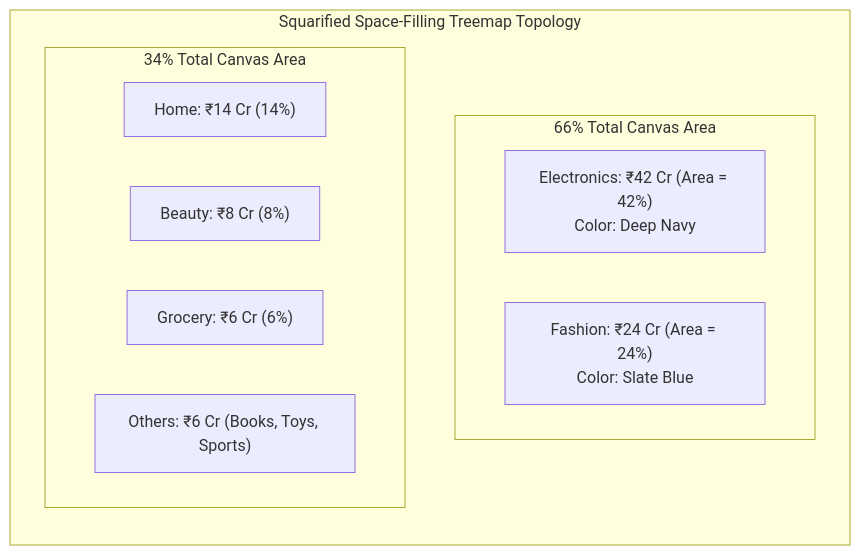
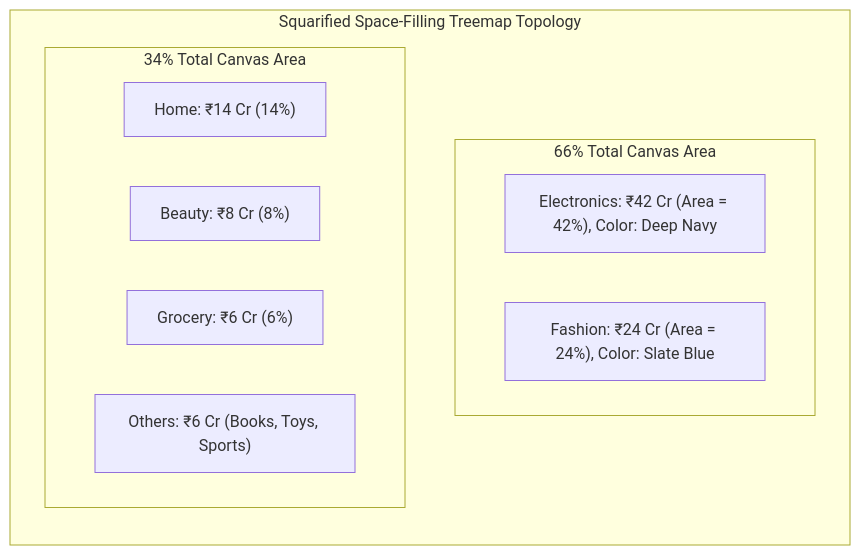
Before and after one commit to DeepLumiere/DeepSkills: diagram 11 of 18 in notes/data_analysis/Unit_5_notes.md, drawn with Mermaid. The commit also changed other lines of this file and 56 other files, not shown here.

````diff
--- a/notes/data_analysis/Unit_5_notes.md
+++ b/notes/data_analysis/Unit_5_notes.md
@@ -651,16 +651,16 @@
 ```mermaid
 flowchart TD
     subgraph TreemapLayout ["Squarified Space-Filling Treemap Topology"]
         direction TB
         subgraph TopRow ["66% Total Canvas Area"]
-            R1["Electronics: ₹42 Cr (Area = 42%)<br/>Color: Deep Navy"]
-            R2["Fashion: ₹24 Cr (Area = 24%)<br/>Color: Slate Blue"]
+            R1["Electronics: ₹42 Cr (Area = 42%), Color: Deep Navy"]
+            R2["Fashion: ₹24 Cr (Area = 24%), Color: Slate Blue"]
         end
         subgraph BottomRow ["34% Total Canvas Area"]
             R3["Home: ₹14 Cr (14%)"]
             R4["Beauty: ₹8 Cr (8%)"]
             R5["Grocery: ₹6 Cr (6%)"]
             R6["Others: ₹6 Cr (Books, Toys, Sports)"]
         end
     end
 ```
````
